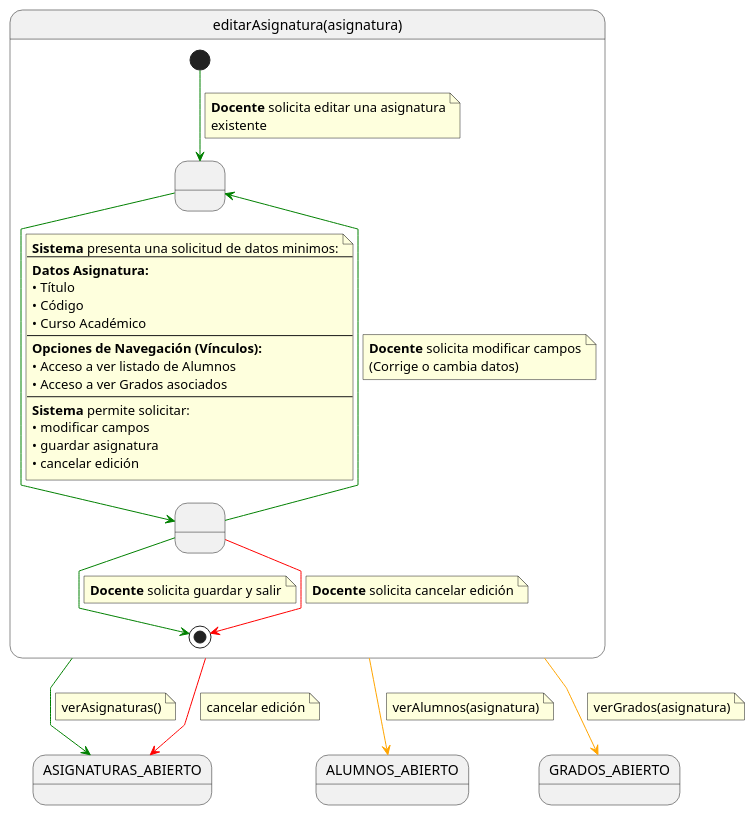
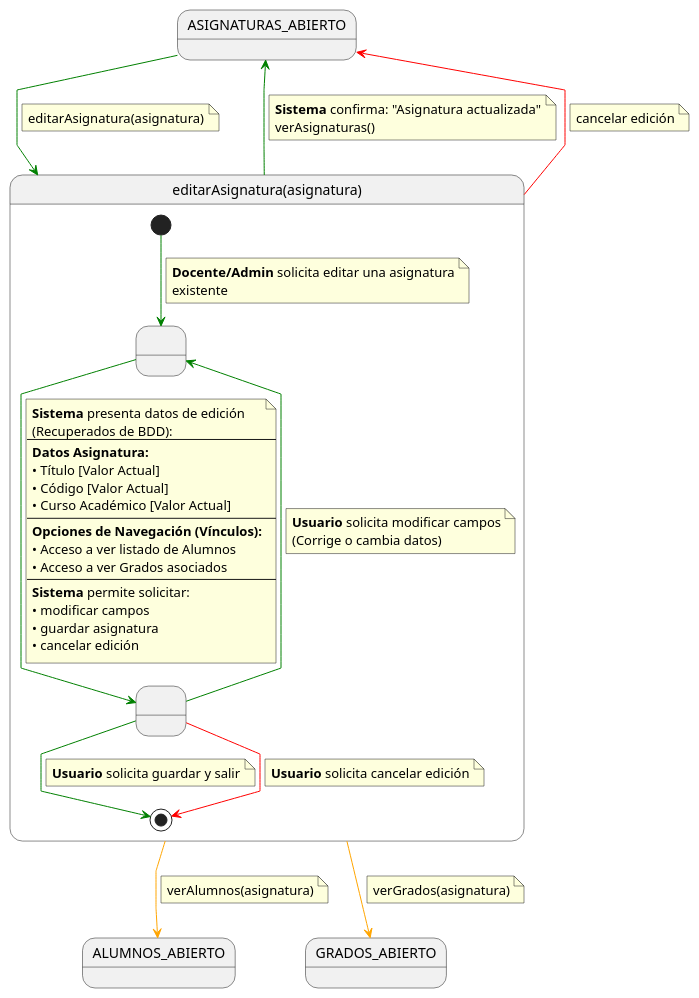
The diagram in documents/casos-de-uso/detalladoCasosDeUso/editarAsignatura/editarAsignatura.puml (martinlopez7/25-26-IdSw1-SdR), drawn with PlantUML before and after one commit. The commit also changed 13 other files, not shown here.

```diff
--- a/documents/casos-de-uso/detalladoCasosDeUso/editarAsignatura/editarAsignatura.puml
+++ b/documents/casos-de-uso/detalladoCasosDeUso/editarAsignatura/editarAsignatura.puml
@@ -1,78 +1,92 @@
-@startuml
+@startuml editarAsignatura
+
 skinparam linetype polyline
 
+' 1. ESTADO PREVIO (Contexto de origen: Listado de Asignaturas)
+state ASIGNATURAS_ABIERTO
+
+' 2. ENTRADA AL CASO DE USO
+ASIGNATURAS_ABIERTO -[#green]-> editarAsignatura
+note on link
+editarAsignatura(asignatura)
+end note
+
+' 3. DETALLE DEL PROCESO
 state editarAsignatura as "editarAsignatura(asignatura)" {
 
     state " " as EditandoDatos
     state " " as GuardandoDatos 
 
     [*] -[#green]-> EditandoDatos 
     note on link
-    <b>Docente</b> solicita editar una asignatura
+    <b>Docente/Admin</b> solicita editar una asignatura
     existente
     end note    
     
     EditandoDatos -[#green]-> GuardandoDatos
     note on link
-    <b>Sistema</b> presenta una solicitud de datos minimos:
+    <b>Sistema</b> presenta datos de edición
+    (Recuperados de BDD):
     ---
     <b>Datos Asignatura:</b>
-    • Título
-    • Código
-    • Curso Académico
+    • Título [Valor Actual]
+    • Código [Valor Actual]
+    • Curso Académico [Valor Actual]
     ---
     <b>Opciones de Navegación (Vínculos):</b>
     • Acceso a ver listado de Alumnos
     • Acceso a ver Grados asociados
     ---
     <b>Sistema</b> permite solicitar:
     • modificar campos
     • guardar asignatura
     • cancelar edición
     end note
     
-    ' El ciclo de modificación (Patrón Interactivo)
+    ' Ciclo de modificación (Patrón Interactivo)
     GuardandoDatos -[#green]-> EditandoDatos
     note on link
-    <b>Docente</b> solicita modificar campos
+    <b>Usuario</b> solicita modificar campos
     (Corrige o cambia datos)
     end note
     
-    ' Salida Exitosa (Guardar)
+    ' Salida Exitosa (Interna)
     GuardandoDatos -[#green]-> [*]
     note on link
-    <b>Docente</b> solicita guardar y salir
+    <b>Usuario</b> solicita guardar y salir
     end note
 
-    ' Salida Cancelada (Interna - Abortar operación)
+    ' Salida Cancelada (Interna)
     GuardandoDatos -[#red]-> [*]
     note on link
-    <b>Docente</b> solicita cancelar edición
+    <b>Usuario</b> solicita cancelar edición
     end note
 }
 
-' --- Salidas y Navegación Externa ---
+' 4. SALIDAS EXTERNAS
 
-' 1. Flujo Normal: Volver al listado
+' Salida Exitosa con CONFIRMACIÓN
 editarAsignatura -[#green]-> ASIGNATURAS_ABIERTO
 note on link
+<b>Sistema</b> confirma: "Asignatura actualizada"
 verAsignaturas()
 end note
 
-' 2. Flujo Cancelación
+' Salida Cancelada
 editarAsignatura -[#red]-> ASIGNATURAS_ABIERTO
 note on link
 cancelar edición
 end note
 
-' 3. Navegación a Casos de Uso Relacionados (Lo que pediste)
+' 5. NAVEGACIÓN TRANSVERSAL (Saltos de contexto)
 editarAsignatura -[#orange]-> ALUMNOS_ABIERTO
 note on link
 verAlumnos(asignatura)
 end note
 
 editarAsignatura -[#orange]-> GRADOS_ABIERTO
 note on link
 verGrados(asignatura)
 end note
+
 @enduml
```
